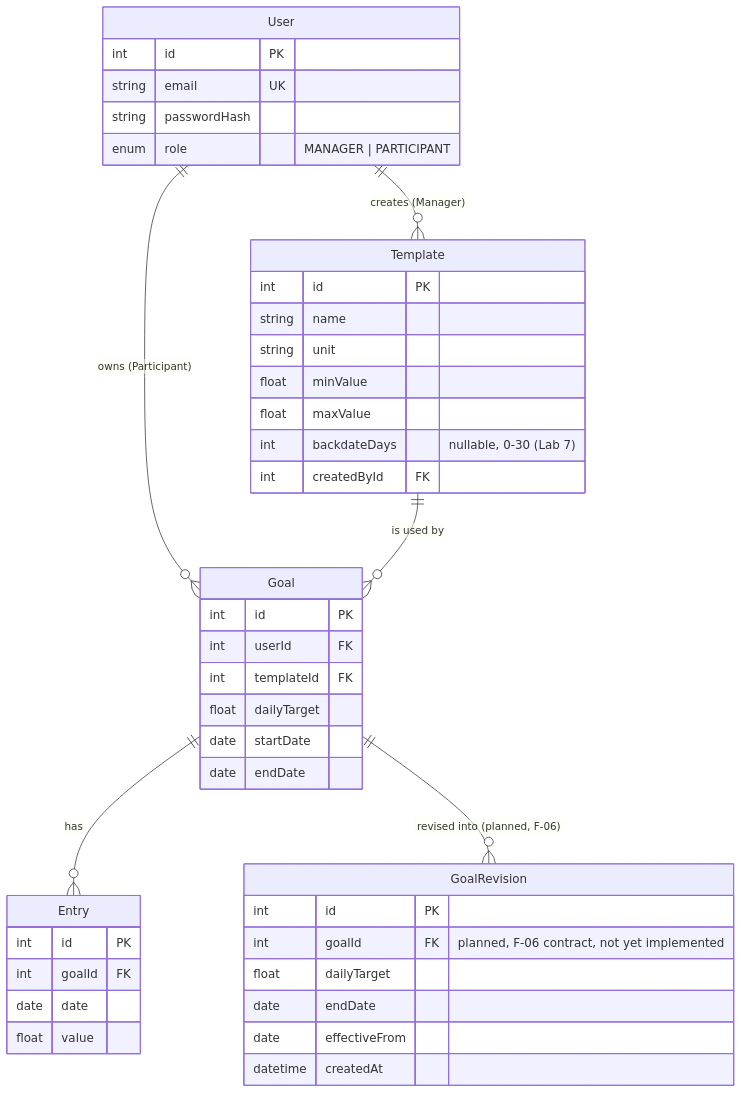
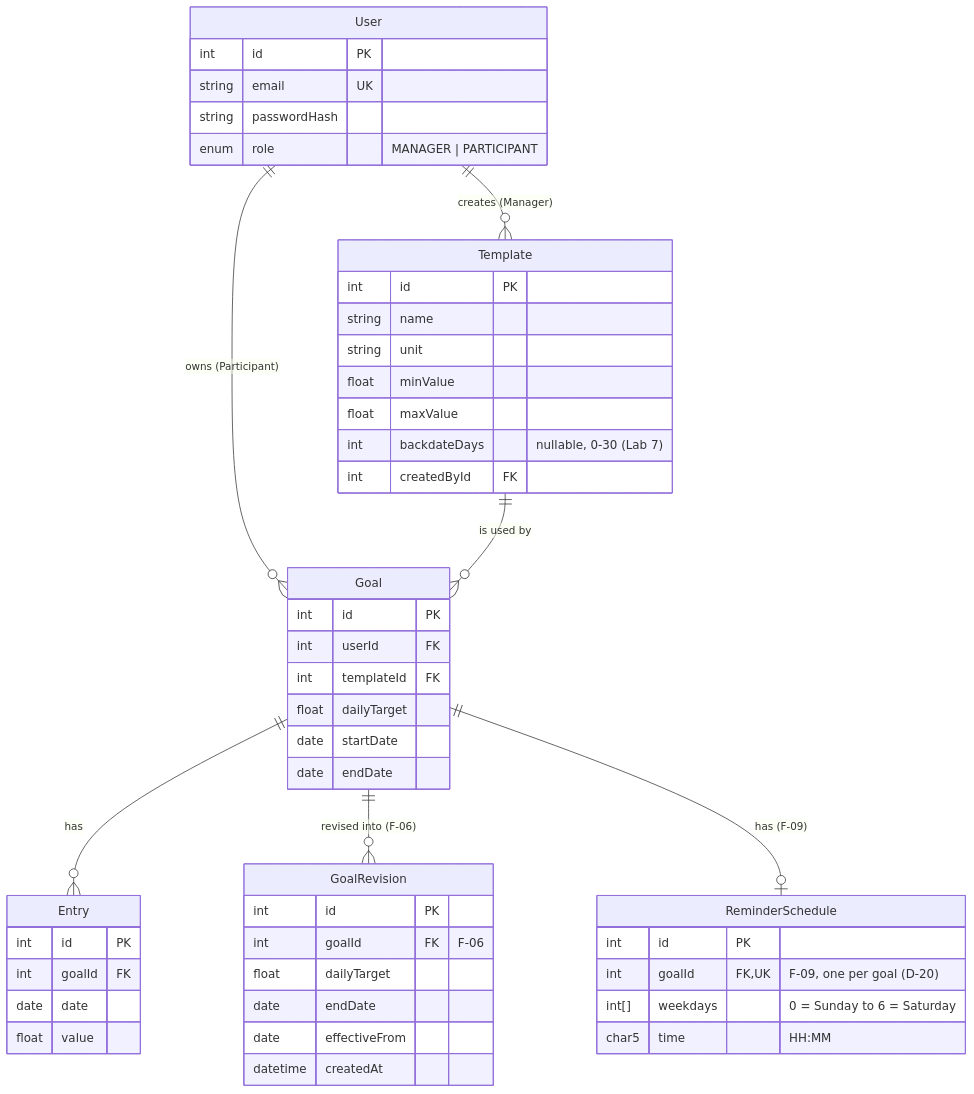
Before and after one commit to asamapornch/habit-activity-tracker: the diagram in docs/system-sds.md, drawn with Mermaid. The commit also changed other lines of this file, not shown here.

Commit message:
docs(sds): v1.3 - GoalRevision and ReminderSchedule implemented, Sprint 2/3 endpoints

````diff
--- a/docs/system-sds.md
+++ b/docs/system-sds.md
@@ -37,45 +37,52 @@
 ```mermaid
 erDiagram
     User ||--o{ Template : "creates (Manager)"
     User ||--o{ Goal : "owns (Participant)"
     Template ||--o{ Goal : "is used by"
     Goal ||--o{ Entry : "has"
     User {
       int id PK
       string email UK
       string passwordHash
       enum role "MANAGER | PARTICIPANT"
     }
     Template {
       int id PK
       string name
       string unit
       float minValue
       float maxValue
       int backdateDays "nullable, 0-30 (Lab 7)"
       int createdById FK
     }
     Goal {
       int id PK
       int userId FK
       int templateId FK
       float dailyTarget
       date startDate
       date endDate
     }
     Entry {
       int id PK
       int goalId FK
       date date
       float value
     }
     GoalRevision {
       int id PK
-      int goalId FK "planned, F-06 contract, not yet implemented"
+      int goalId FK "F-06"
       float dailyTarget
       date endDate
       date effectiveFrom
       datetime createdAt
     }
-    Goal ||--o{ GoalRevision : "revised into (planned, F-06)"
+    Goal ||--o{ GoalRevision : "revised into (F-06)"
+    ReminderSchedule {
+      int id PK
+      int goalId FK,UK "F-09, one per goal (D-20)"
+      int[] weekdays "0 = Sunday to 6 = Saturday"
+      char5 time "HH:MM"
+    }
+    Goal ||--o| ReminderSchedule : "has (F-09)"
 ```
````
